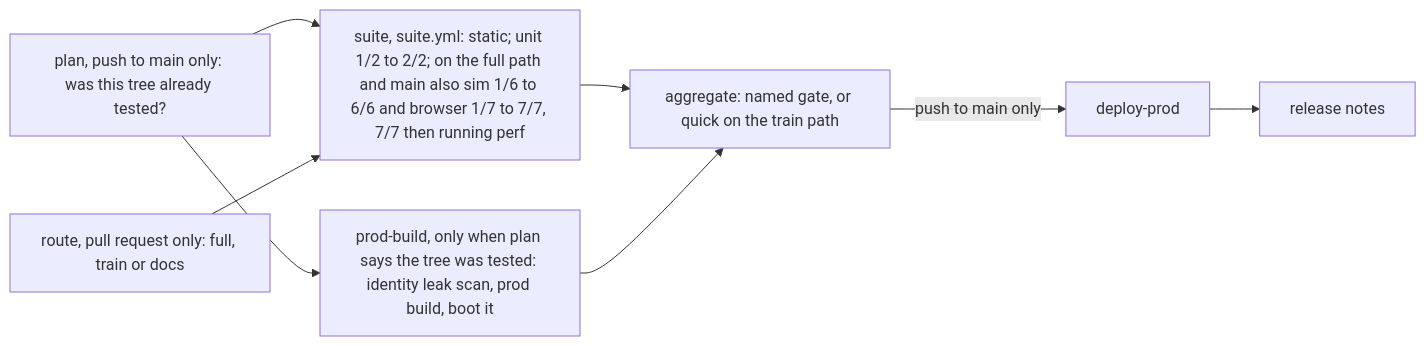
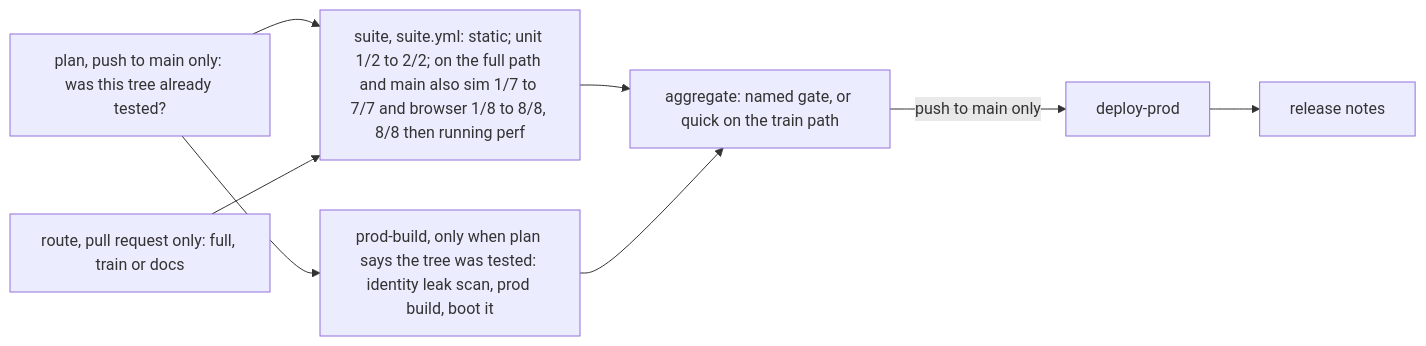
The diagram in docs/engineering.md (joshuasundance-swca/throttlebrawl), drawn with Mermaid before and after one commit. The commit also changed other lines of this file and 7 other files, not shown here.

First line of the commit message:
[full-gate] infra: CI slices are planned as whole jobs, within 70% of their timeout; 7 sim and 8 browser slices

````diff
--- a/docs/engineering.md
+++ b/docs/engineering.md
@@ -282,9 +282,9 @@
 ```mermaid
 flowchart LR
   P[plan, push to main only: was this tree already tested?] --> SU & B
   RT[route, pull request only: full, train or docs] --> SU
-  SU[suite, suite.yml: static; unit 1/2 to 2/2; on the full path and main also sim 1/6 to 6/6 and browser 1/7 to 7/7, 7/7 then running perf] --> G
+  SU[suite, suite.yml: static; unit 1/2 to 2/2; on the full path and main also sim 1/7 to 7/7 and browser 1/8 to 8/8, 8/8 then running perf] --> G
   B[prod-build, only when plan says the tree was tested: identity leak scan, prod build, boot it] --> G
   G[aggregate: named gate, or quick on the train path] -->|push to main only| D[deploy-prod]
   D --> R[release notes]
 ```
````
